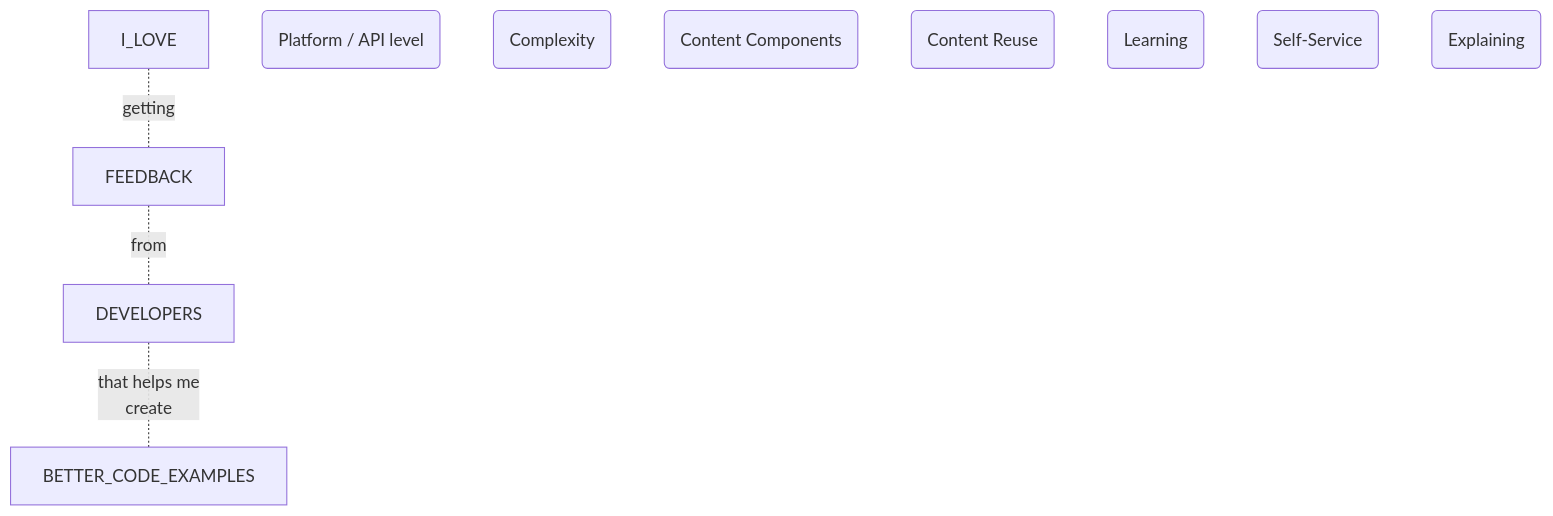
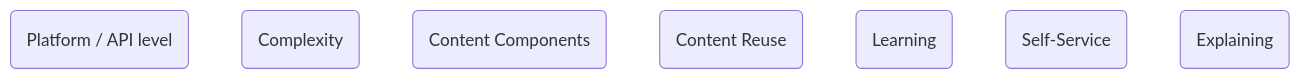
Before and after one commit to joe-dorward/samples: the second of 2 diagrams in overview.md, drawn with Mermaid. The commit also changed other lines of this file, not shown here.

````diff
--- a/overview.md
+++ b/overview.md
@@ -69,23 +59,18 @@
 ```mermaid
 flowchart
-
-I_LOVE-.getting.-FEEDBACK-.from.-DEVELOPERS-.that helps me
-  create.-BETTER_CODE_EXAMPLES
-
-
 
 
 PLATFORM_API("Platform / API level")
 COMPLEXITY("Complexity")
 CONTENT_COMPONENTS("Content Components")
 CONTENT_REUSE("Content Reuse")
 
 LEARNING("Learning")
 SELF_SERVICE("Self-Service")
 EXPLAINING("Explaining")
 
 %%I_LOVE-."working at the".-PLATFORM_API
 %%I_LOVE-.-COMPLEXITY
 %%I_LOVE-.-LEARNING
 %%I_LOVE-.-EXPLAINING
 ```
````
